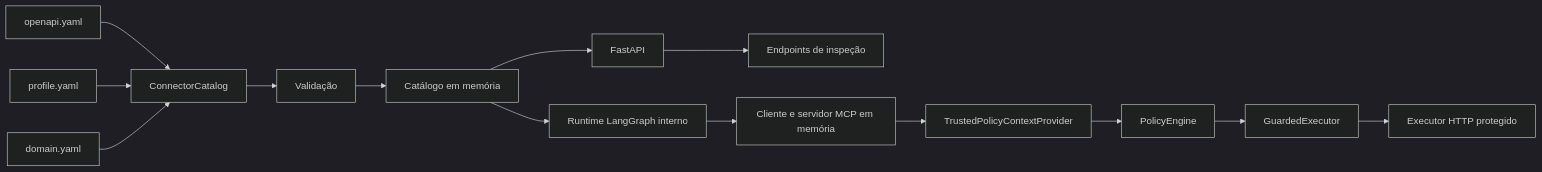
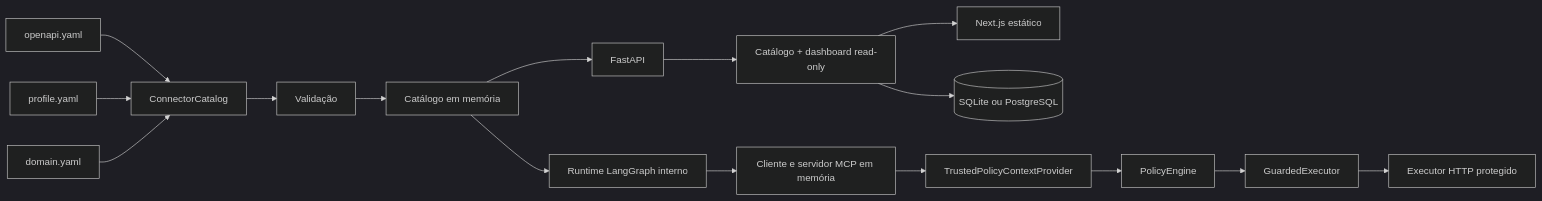
The first of 3 diagrams in docs/GUIA_COMPLETO.md (ChristianGandra21/indusguard), drawn with Mermaid (dark theme) before and after one commit. The commit also changed other lines of this file and 58 other files, not shown here.

````diff
--- a/docs/GUIA_COMPLETO.md
+++ b/docs/GUIA_COMPLETO.md
@@ -343,17 +341,19 @@
 ```mermaid
 flowchart LR
     O[openapi.yaml] --> C[ConnectorCatalog]
     Y[profile.yaml] --> C
     D[domain.yaml] --> C
     C --> V[Validação]
     V --> M[Catálogo em memória]
     M --> F[FastAPI]
-    F --> R[Endpoints de inspeção]
+    F --> R[Catálogo + dashboard read-only]
+    R --> W[Next.js estático]
+    R --> DB[(SQLite ou PostgreSQL)]
 
     M --> A[Runtime LangGraph interno]
     A --> MCP[Cliente e servidor MCP em memória]
     MCP --> T[TrustedPolicyContextProvider]
     T --> P[PolicyEngine]
     P --> G[GuardedExecutor]
     G --> E[Executor HTTP protegido]
 ```
````
